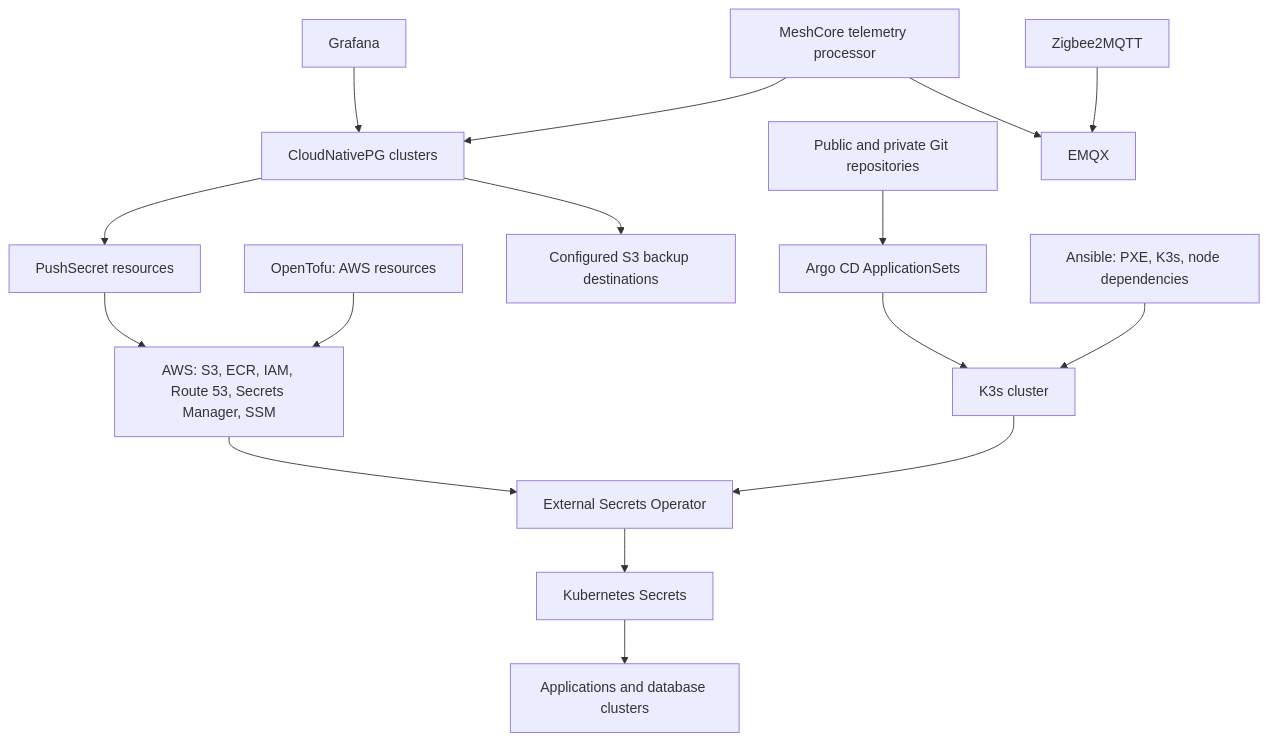
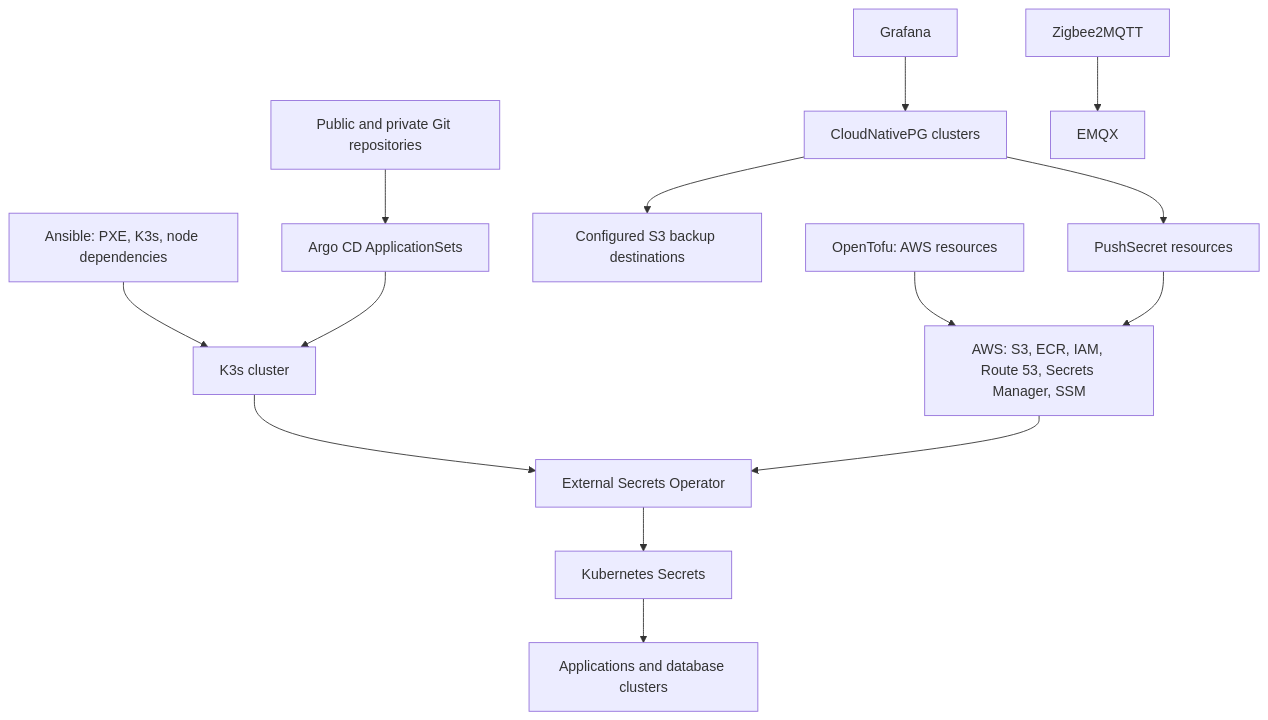
One commit to holowieszek/homelab changed the diagram in docs/service-catalog.md. Above: the diagram before and after it, drawn with Mermaid. The commit also changed other lines of this file and 15 other files, not shown here.

````diff
--- a/docs/service-catalog.md
+++ b/docs/service-catalog.md
@@ -13,18 +13,16 @@
 ```mermaid
 graph TD
   Bare[Ansible: PXE, K3s, node dependencies] --> Cluster[K3s cluster]
   Cloud[OpenTofu: AWS resources] --> AWS[AWS: S3, ECR, IAM, Route 53, Secrets Manager, SSM]
   Cluster --> ESO[External Secrets Operator]
   AWS --> ESO
   ESO --> K8sSecrets[Kubernetes Secrets]
   K8sSecrets --> Apps[Applications and database clusters]
   DB[CloudNativePG clusters] --> S3[Configured S3 backup destinations]
   DB --> Push[PushSecret resources]
   Push --> AWS
   Git[Public and private Git repositories] --> Argo[Argo CD ApplicationSets]
   Argo --> Cluster
   Zigbee[Zigbee2MQTT] --> EMQX[EMQX]
-  Telemetry[MeshCore telemetry processor] --> EMQX
-  Telemetry --> DB
   Grafana[Grafana] --> DB
 ```
````
